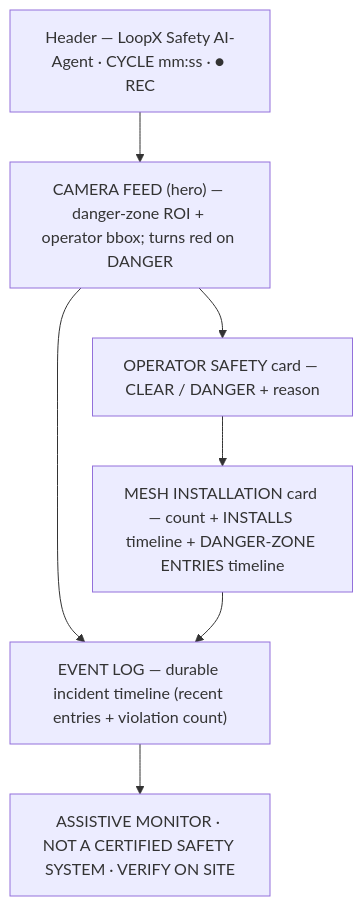
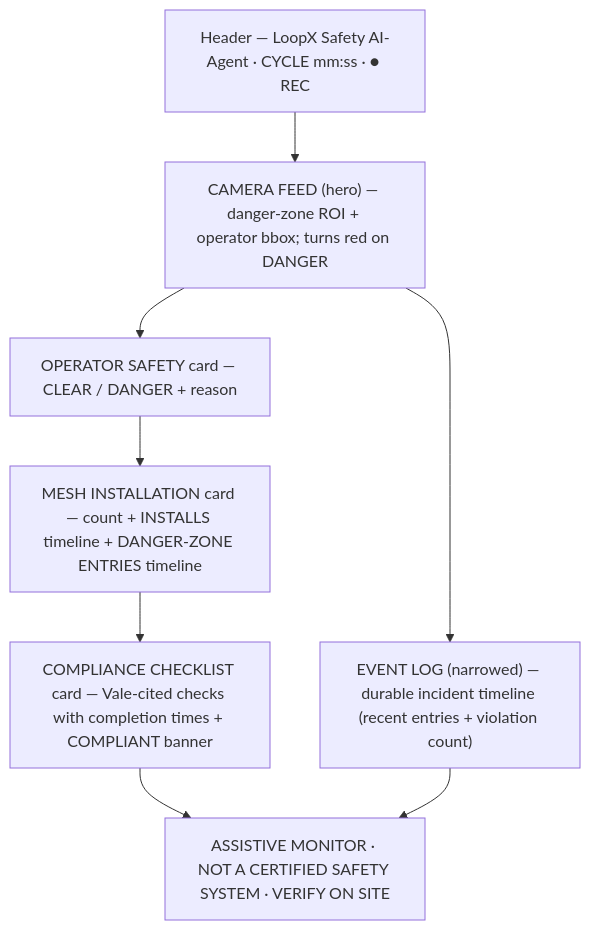
One commit to yaodongC/face_compliance changed the tenth of 11 diagrams in README.md. Above: the diagram before and after it, drawn with Mermaid. The commit also changed other lines of this file and 4 other files, not shown here.

````diff
--- a/README.md
+++ b/README.md
@@ -365,15 +386,17 @@
 ```mermaid
 flowchart TB
     H["Header — LoopX Safety AI-Agent · CYCLE mm:ss · ● REC"]
     CAM["CAMERA FEED (hero) — danger-zone ROI + operator bbox; turns red on DANGER"]
     OSC["OPERATOR SAFETY card — CLEAR / DANGER + reason"]
     MESH["MESH INSTALLATION card — count + INSTALLS timeline + DANGER-ZONE ENTRIES timeline"]
-    LOG["EVENT LOG — durable incident timeline (recent entries + violation count)"]
+    CHK["COMPLIANCE CHECKLIST card — Vale-cited checks with completion times + COMPLIANT banner"]
+    LOG["EVENT LOG (narrowed) — durable incident timeline (recent entries + violation count)"]
     FOOT["ASSISTIVE MONITOR · NOT A CERTIFIED SAFETY SYSTEM · VERIFY ON SITE"]
     H --> CAM
     CAM --> OSC
     OSC --> MESH
+    MESH --> CHK
     CAM --> LOG
-    MESH --> LOG
+    CHK --> FOOT
     LOG --> FOOT
 ```
````
